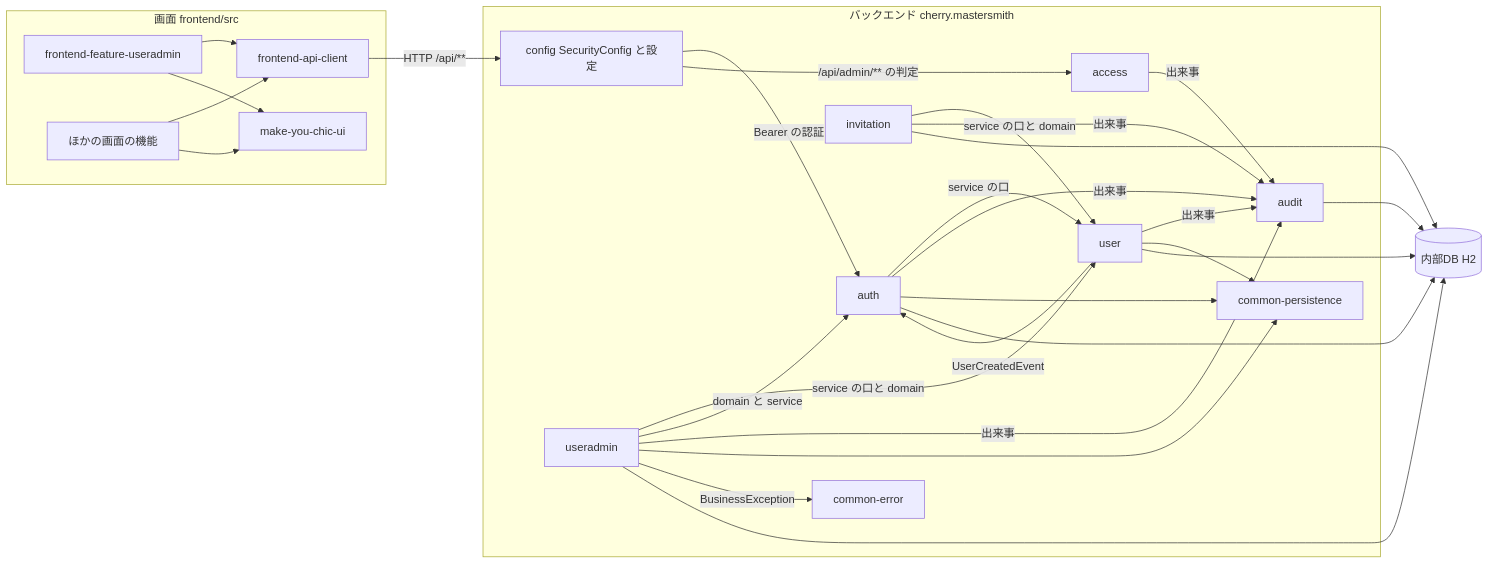
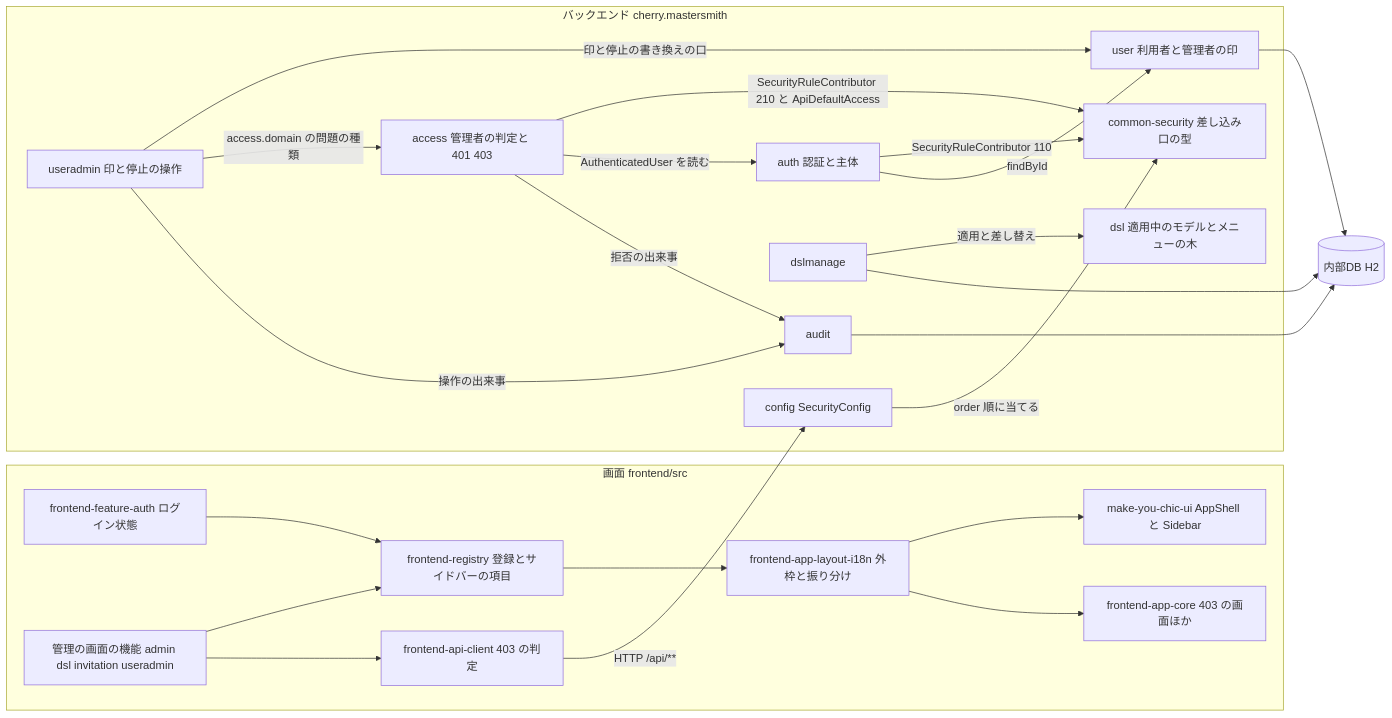
Before and after one commit to agwlvssainokuni/mastersmith2: the first of 5 diagrams in aidlc/spaces/default/codekb/mastersmith2/architecture.md, drawn with Mermaid. The commit also changed other lines of this file and 16 other files, not shown here.

````diff
--- a/aidlc/spaces/default/codekb/mastersmith2/architecture.md
+++ b/aidlc/spaces/default/codekb/mastersmith2/architecture.md
@@ -29,48 +30,45 @@
 ```mermaid
 flowchart LR
   subgraph FE["画面 frontend/src"]
-    FUA["frontend-feature-useradmin"]
-    FOTHER["ほかの画面の機能"]
-    APIC["frontend-api-client"]
-    MYC["make-you-chic-ui"]
+    REG["frontend-registry 登録とサイドバーの項目"]
+    LAY["frontend-app-layout-i18n 外枠と振り分け"]
+    CORE["frontend-app-core 403 の画面ほか"]
+    FAUTH["frontend-feature-auth ログイン状態"]
+    FADM["管理の画面の機能 admin dsl invitation useradmin"]
+    APIC["frontend-api-client 403 の判定"]
+    MYC["make-you-chic-ui AppShell と Sidebar"]
   end
   subgraph BE["バックエンド cherry.mastersmith"]
-    CFG["config SecurityConfig と設定"]
-    AUTH["auth"]
-    ACC["access"]
-    USER["user"]
-    UA["useradmin"]
-    INV["invitation"]
+    CFG["config SecurityConfig"]
+    SEC["common-security 差し込み口の型"]
+    AUTH["auth 認証と主体"]
+    ACC["access 管理者の判定と 401 403"]
+    USER["user 利用者と管理者の印"]
+    UA["useradmin 印と停止の操作"]
     AUDIT["audit"]
-    PERS["common-persistence"]
-    ERR["common-error"]
+    DSL["dsl 適用中のモデルとメニューの木"]
+    DSLM["dslmanage"]
   end
   H2[("内部DB H2")]
 
-  FUA --> APIC
-  FUA --> MYC
-  FOTHER --> APIC
-  FOTHER --> MYC
+  FADM --> REG
+  FAUTH --> REG
+  REG --> LAY
+  LAY --> MYC
+  LAY --> CORE
+  FADM --> APIC
   APIC -- "HTTP /api/**" --> CFG
-  CFG -- "Bearer の認証" --> AUTH
-  CFG -- "/api/admin/** の判定" --> ACC
-  AUTH -- "service の口" --> USER
-  UA -- "service の口と domain" --> USER
-  UA -- "domain と service" --> AUTH
-  INV -- "service の口と domain" --> USER
-  USER -- "UserCreatedEvent" --> AUTH
-  AUTH -- "出来事" --> AUDIT
-  ACC -- "出来事" --> AUDIT
-  USER -- "出来事" --> AUDIT
-  UA -- "出来事" --> AUDIT
-  INV -- "出来事" --> AUDIT
-  UA --> PERS
-  USER --> PERS
-  AUTH --> PERS
-  UA -- "BusinessException" --> ERR
+  CFG -- "order 順に当てる" --> SEC
+  AUTH -- "SecurityRuleContributor 110" --> SEC
+  ACC -- "SecurityRuleContributor 210 と ApiDefaultAccess" --> SEC
+  AUTH -- "findById" --> USER
+  ACC -- "AuthenticatedUser を読む" --> AUTH
+  UA -- "印と停止の書き換えの口" --> USER
+  UA -- "access.domain の問題の種類" --> ACC
+  ACC -- "拒否の出来事" --> AUDIT
+  UA -- "操作の出来事" --> AUDIT
+  DSLM -- "適用と差し替え" --> DSL
   USER --> H2
-  AUTH --> H2
-  UA --> H2
-  INV --> H2
   AUDIT --> H2
+  DSLM --> H2
 ```
````
